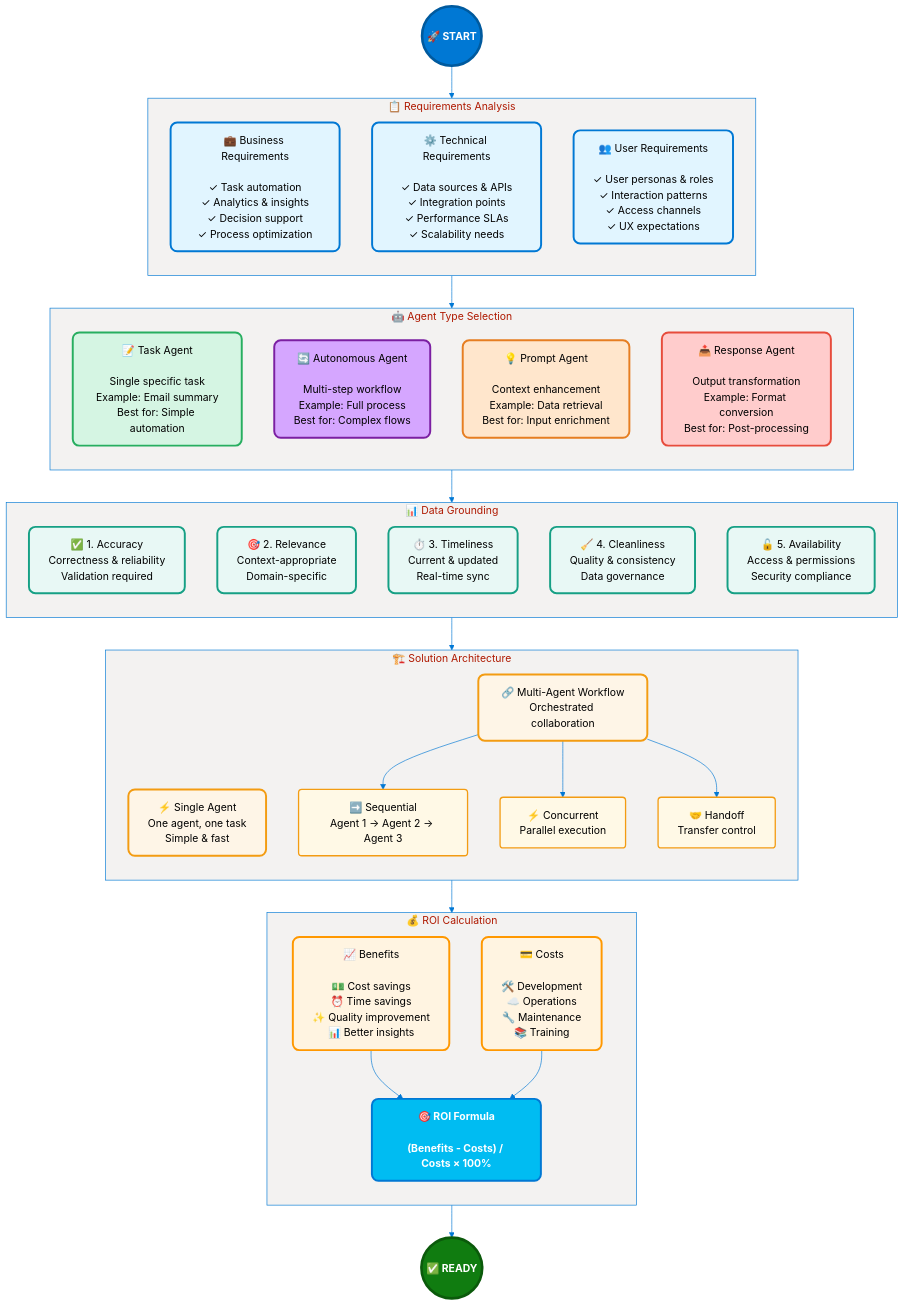
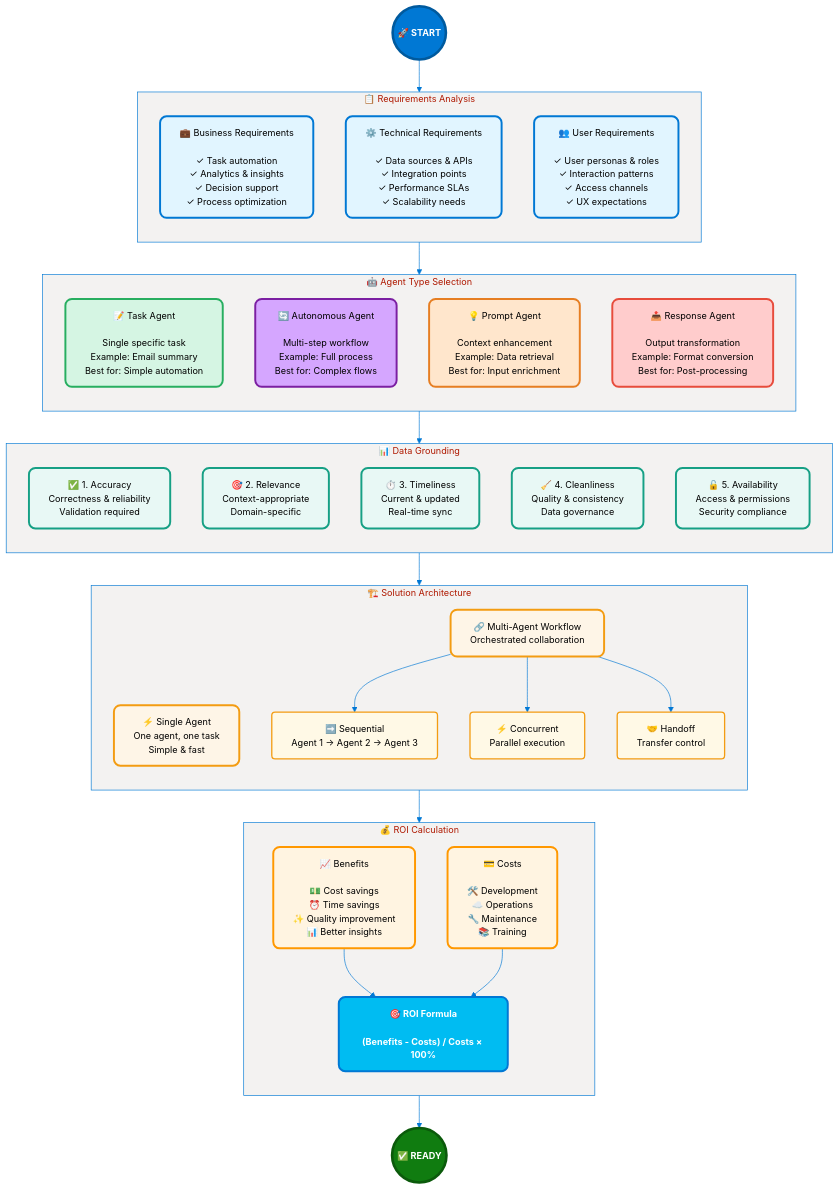
One commit to ajeetchouksey/ajch_prep_ab_100 changed the diagram in 01_Plan_AI_Powered_Business_Solutions/01a-analyze-requirements-agents-index.md. Above: the diagram before and after it, drawn with Mermaid. The commit also changed 8 other files, not shown here.

````diff
--- a/01_Plan_AI_Powered_Business_Solutions/01a-analyze-requirements-agents-index.md
+++ b/01_Plan_AI_Powered_Business_Solutions/01a-analyze-requirements-agents-index.md
@@ -79,71 +79,71 @@
 ```mermaid
-%%{init: {'theme':'base', 'themeVariables': { 'primaryColor':'#0078d4','primaryTextColor':'#323130','primaryBorderColor':'#005a9e','lineColor':'#0078d4','secondaryColor':'#00bcf2','tertiaryColor':'#50e6ff','fontSize':'16px','fontFamily':'Segoe UI, sans-serif','clusterBkg':'#f3f2f1','clusterBorder':'#0078d4','edgeLabelBackground':'#ffffff'}}}%%
+%%{init: {'theme':'base', 'themeVariables': { 'primaryColor':'#0078d4','primaryTextColor':'#323130','primaryBorderColor':'#005a9e','lineColor':'#0078d4','secondaryColor':'#00bcf2','tertiaryColor':'#50e6ff','fontSize':'14px','fontFamily':'Segoe UI, sans-serif','clusterBkg':'#f3f2f1','clusterBorder':'#0078d4','edgeLabelBackground':'#ffffff'}}}%%
 flowchart TB
     Start(("🚀 START")):::startNode
     
     subgraph Requirements["📋 Requirements Analysis"]
         direction TB
         Business["💼 Business Requirements<br/><br/>✓ Task automation<br/>✓ Analytics & insights<br/>✓ Decision support<br/>✓ Process optimization"]:::reqNode
         Technical["⚙️ Technical Requirements<br/><br/>✓ Data sources & APIs<br/>✓ Integration points<br/>✓ Performance SLAs<br/>✓ Scalability needs"]:::reqNode
         User["👥 User Requirements<br/><br/>✓ User personas & roles<br/>✓ Interaction patterns<br/>✓ Access channels<br/>✓ UX expectations"]:::reqNode
     end
     
     subgraph AgentTypes["🤖 Agent Type Selection"]
         direction TB
         Task["📝 Task Agent<br/><br/>Single specific task<br/>Example: Email summary<br/>Best for: Simple automation"]:::taskNode
         Autonomous["🔄 Autonomous Agent<br/><br/>Multi-step workflow<br/>Example: Full process<br/>Best for: Complex flows"]:::autoNode
         Prompt["💡 Prompt Agent<br/><br/>Context enhancement<br/>Example: Data retrieval<br/>Best for: Input enrichment"]:::promptNode
         Response["📤 Response Agent<br/><br/>Output transformation<br/>Example: Format conversion<br/>Best for: Post-processing"]:::respNode
     end
     
     subgraph DataGrounding["📊 Data Grounding"]
         direction TB
         Accuracy["✅ 1. Accuracy<br/>Correctness & reliability<br/>Validation required"]:::dataNode
         Relevance["🎯 2. Relevance<br/>Context-appropriate<br/>Domain-specific"]:::dataNode
         Timeliness["⏱️ 3. Timeliness<br/>Current & updated<br/>Real-time sync"]:::dataNode
         Cleanliness["🧹 4. Cleanliness<br/>Quality & consistency<br/>Data governance"]:::dataNode
         Availability["🔓 5. Availability<br/>Access & permissions<br/>Security compliance"]:::dataNode
     end
     
     subgraph Architecture["🏗️ Solution Architecture"]
         direction TB
         Single["⚡ Single Agent<br/>One agent, one task<br/>Simple & fast"]:::archNode
         Multi["🔗 Multi-Agent Workflow<br/>Orchestrated collaboration"]:::archNode
         
         Multi --> Sequential["➡️ Sequential<br/>Agent 1 → Agent 2 → Agent 3"]:::patternNode
         Multi --> Concurrent["⚡ Concurrent<br/>Parallel execution"]:::patternNode
         Multi --> Handoff["🤝 Handoff<br/>Transfer control"]:::patternNode
     end
     
     subgraph ROI["💰 ROI Calculation"]
         direction TB
         Benefits["📈 Benefits<br/><br/>💵 Cost savings<br/>⏰ Time savings<br/>✨ Quality improvement<br/>📊 Better insights"]:::roiNode
         Costs["💳 Costs<br/><br/>🛠️ Development<br/>☁️ Operations<br/>🔧 Maintenance<br/>📚 Training"]:::roiNode
         Calculate["🎯 ROI Formula<br/><br/>(Benefits - Costs) / Costs × 100%"]:::calcNode
         
         Benefits --> Calculate
         Costs --> Calculate
     end
     
     EndNode(("✅ READY")):::endNode
     
     Start --> Requirements
     Requirements --> AgentTypes
     AgentTypes --> DataGrounding
     DataGrounding --> Architecture
     Architecture --> ROI
     ROI --> EndNode
     
     classDef startNode fill:#0078d4,stroke:#005a9e,stroke-width:4px,color:#fff,font-weight:bold
     classDef endNode fill:#107c10,stroke:#0b5a0b,stroke-width:4px,color:#fff,font-weight:bold
     classDef reqNode fill:#e1f5ff,stroke:#0078d4,stroke-width:3px,color:#000,rx:10,ry:10
     classDef taskNode fill:#d5f5e3,stroke:#27ae60,stroke-width:3px,color:#000,rx:10,ry:10
     classDef autoNode fill:#d5a6ff,stroke:#7b1fa2,stroke-width:3px,color:#000,rx:10,ry:10
     classDef promptNode fill:#ffe6cc,stroke:#e67e22,stroke-width:3px,color:#000,rx:10,ry:10
     classDef respNode fill:#ffcccc,stroke:#e74c3c,stroke-width:3px,color:#000,rx:10,ry:10
     classDef dataNode fill:#e8f8f5,stroke:#16a085,stroke-width:3px,color:#000,rx:10,ry:10
     classDef archNode fill:#fef5e7,stroke:#f39c12,stroke-width:3px,color:#000,rx:10,ry:10
     classDef patternNode fill:#fff9e6,stroke:#f39c12,stroke-width:2px,color:#000,rx:5,ry:5
     classDef roiNode fill:#fff4e1,stroke:#ff9800,stroke-width:3px,color:#000,rx:10,ry:10
     classDef calcNode fill:#00bcf2,stroke:#0078d4,stroke-width:3px,color:#fff,rx:10,ry:10,font-weight:bold
 ```
````
